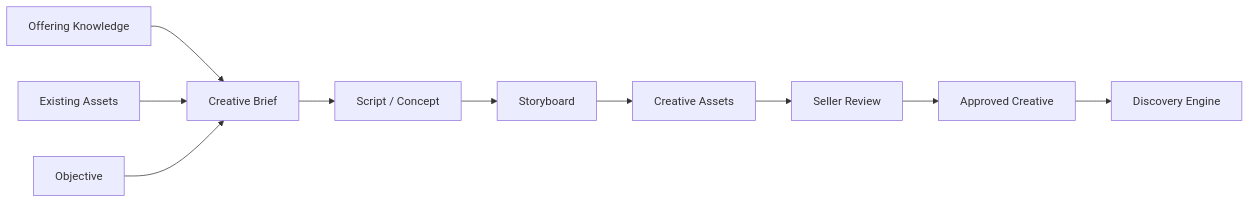
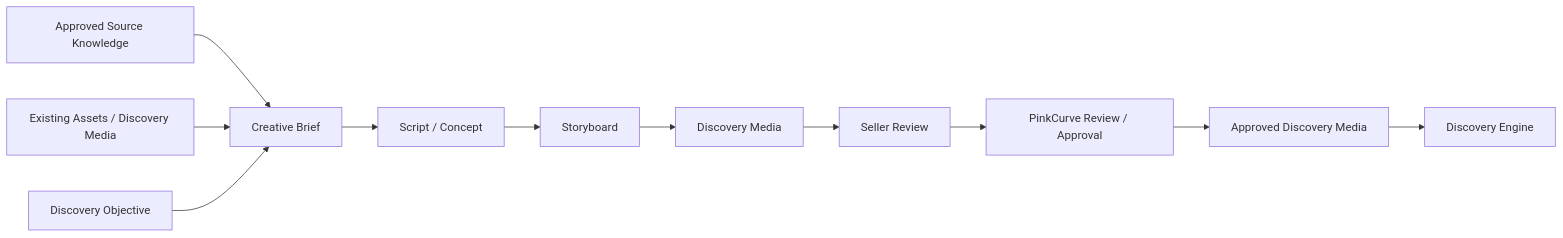
Before and after one commit to petkao/pinkcurve-blueprint: the first of 3 diagrams in docs/05-creative-studio.md, drawn with Mermaid. The commit also changed other lines of this file and 4 other files, not shown here.

Commit message:
Align Discovery architecture across blueprint chapters

````diff
--- a/docs/05-creative-studio.md
+++ b/docs/05-creative-studio.md
@@ -235,13 +279,14 @@
 ```mermaid
 flowchart LR
-    OK[Offering Knowledge] --> CB[Creative Brief]
-    CA[Existing Assets] --> CB
-    OBJ[Objective] --> CB
+    SK[Approved Source Knowledge] --> CB[Creative Brief]
+    CA[Existing Assets / Discovery Media] --> CB
+    OBJ[Discovery Objective] --> CB
 
     CB --> SC[Script / Concept]
     SC --> SB[Storyboard]
-    SB --> AS[Creative Assets]
-    AS --> RV[Seller Review]
-    RV --> AP[Approved Creative]
-    AP --> DE[Discovery Engine]
+    SB --> DM[Discovery Media]
+    DM --> SR[Seller Review]
+    SR --> PR[PinkCurve Review / Approval]
+    PR --> ADM[Approved Discovery Media]
+    ADM --> DE[Discovery Engine]
 ```
````
